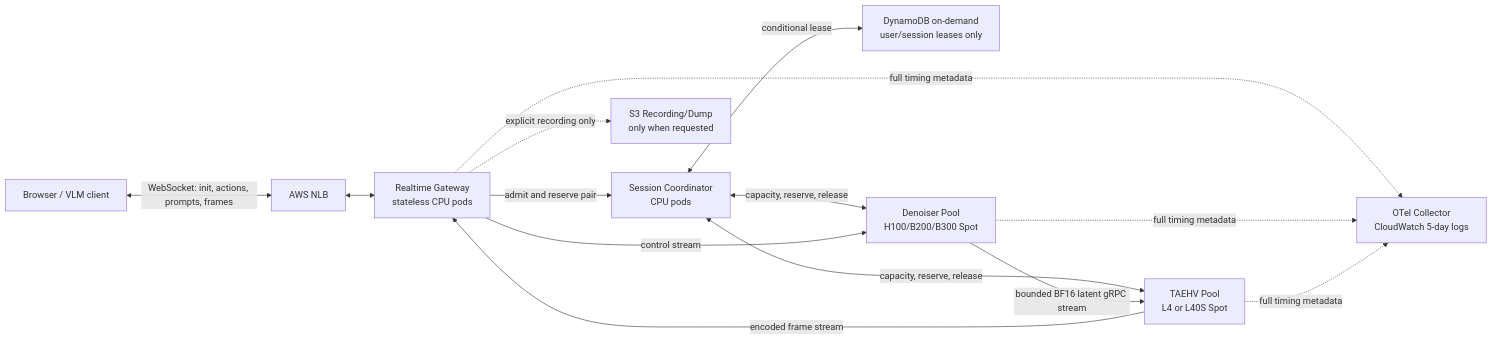
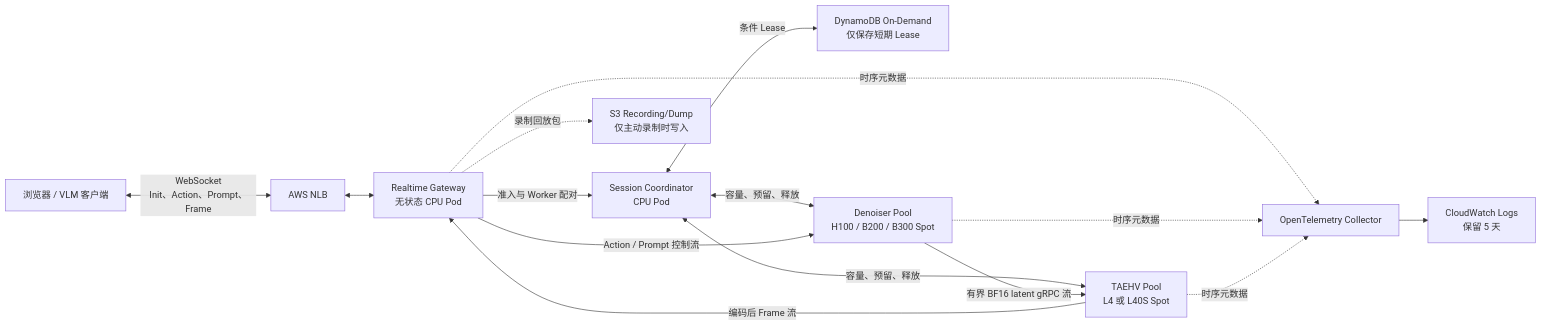
The first of 7 diagrams in docs/superpowers/specs/2026-08-03-minwm-async-vae-multiuser-design.md (seedleap/sglang), drawn with Mermaid before and after one commit. The commit also changed other lines of this file, not shown here.

Commit message:
docs: translate realtime serving design to Chinese

````diff
--- a/docs/superpowers/specs/2026-08-03-minwm-async-vae-multiuser-design.md
+++ b/docs/superpowers/specs/2026-08-03-minwm-async-vae-multiuser-design.md
@@ -100,26 +98,28 @@
 ```mermaid
 flowchart LR
-    B["Browser / VLM client"]
+    Client["浏览器 / VLM 客户端"]
     NLB["AWS NLB"]
-    GW["Realtime Gateway\nstateless CPU pods"]
-    SC["Session Coordinator\nCPU pods"]
-    DDB["DynamoDB on-demand\nuser/session leases only"]
-    DP["Denoiser Pool\nH100/B200/B300 Spot"]
-    VP["TAEHV Pool\nL4 or L40S Spot"]
-    CW["OTel Collector\nCloudWatch 5-day logs"]
-    S3["S3 Recording/Dump\nonly when requested"]
+    Gateway["Realtime Gateway<br/>无状态 CPU Pod"]
+    Coordinator["Session Coordinator<br/>CPU Pod"]
+    DDB["DynamoDB On-Demand<br/>仅保存短期 Lease"]
+    Denoiser["Denoiser Pool<br/>H100 / B200 / B300 Spot"]
+    VAE["TAEHV Pool<br/>L4 或 L40S Spot"]
+    OTel["OpenTelemetry Collector"]
+    CloudWatch["CloudWatch Logs<br/>保留 5 天"]
+    S3["S3 Recording/Dump<br/>仅主动录制时写入"]
 
-    B <-->|"WebSocket: init, actions, prompts, frames"| NLB
-    NLB <--> GW
-    GW -->|"admit and reserve pair"| SC
-    SC <-->|"conditional lease"| DDB
-    SC <-->|"capacity, reserve, release"| DP
-    SC <-->|"capacity, reserve, release"| VP
-    GW -->|"control stream"| DP
-    DP -->|"bounded BF16 latent gRPC stream"| VP
-    VP -->|"encoded frame stream"| GW
-    GW -.->|"full timing metadata"| CW
-    DP -.->|"full timing metadata"| CW
-    VP -.->|"full timing metadata"| CW
-    GW -.->|"explicit recording only"| S3
+    Client <-->|"WebSocket<br/>Init、Action、Prompt、Frame"| NLB
+    NLB <--> Gateway
+    Gateway -->|"准入与 Worker 配对"| Coordinator
+    Coordinator <-->|"条件 Lease"| DDB
+    Coordinator <-->|"容量、预留、释放"| Denoiser
+    Coordinator <-->|"容量、预留、释放"| VAE
+    Gateway -->|"Action / Prompt 控制流"| Denoiser
+    Denoiser -->|"有界 BF16 latent gRPC 流"| VAE
+    VAE -->|"编码后 Frame 流"| Gateway
+    Gateway -.->|"时序元数据"| OTel
+    Denoiser -.->|"时序元数据"| OTel
+    VAE -.->|"时序元数据"| OTel
+    OTel --> CloudWatch
+    Gateway -.->|"录制回放包"| S3
 ```
````
